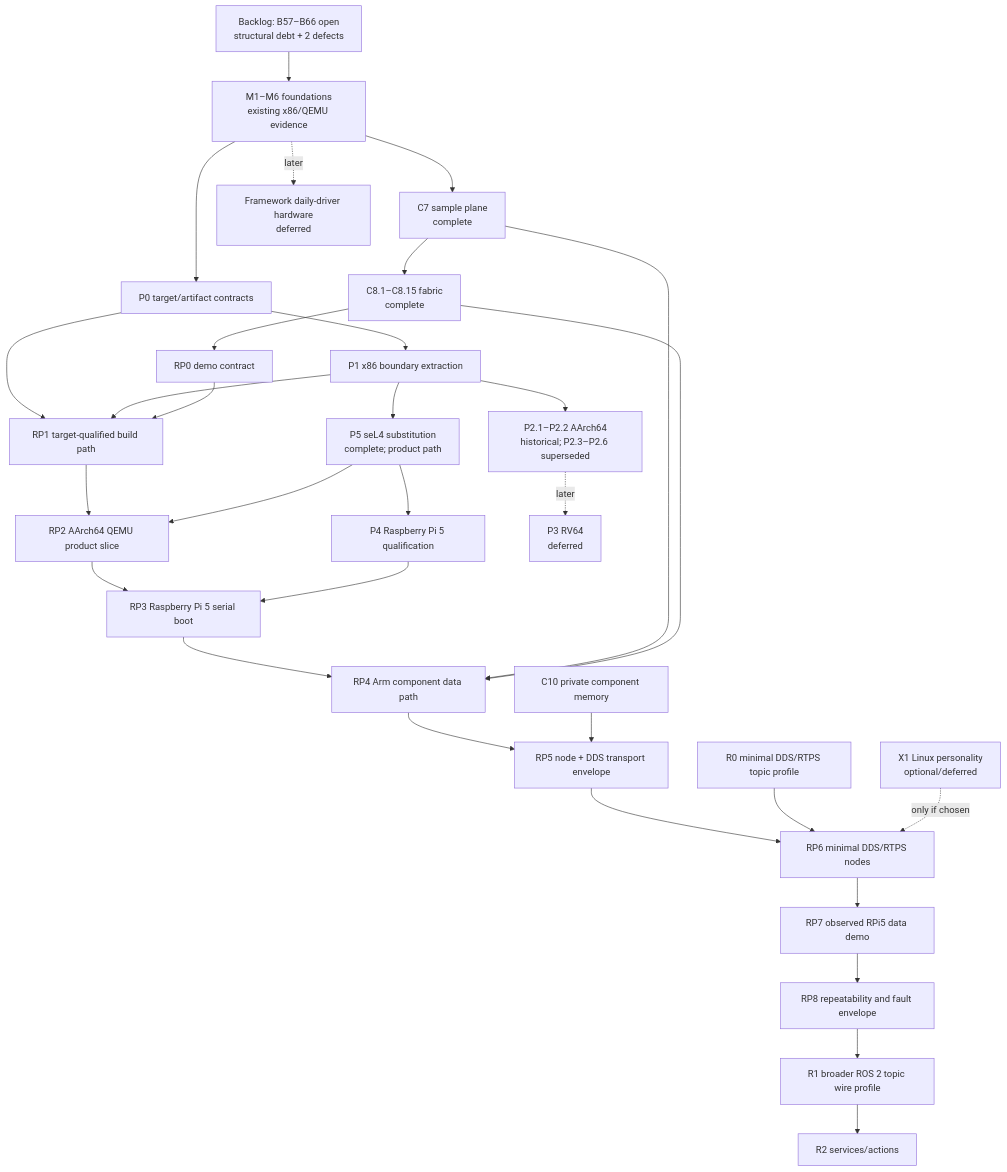
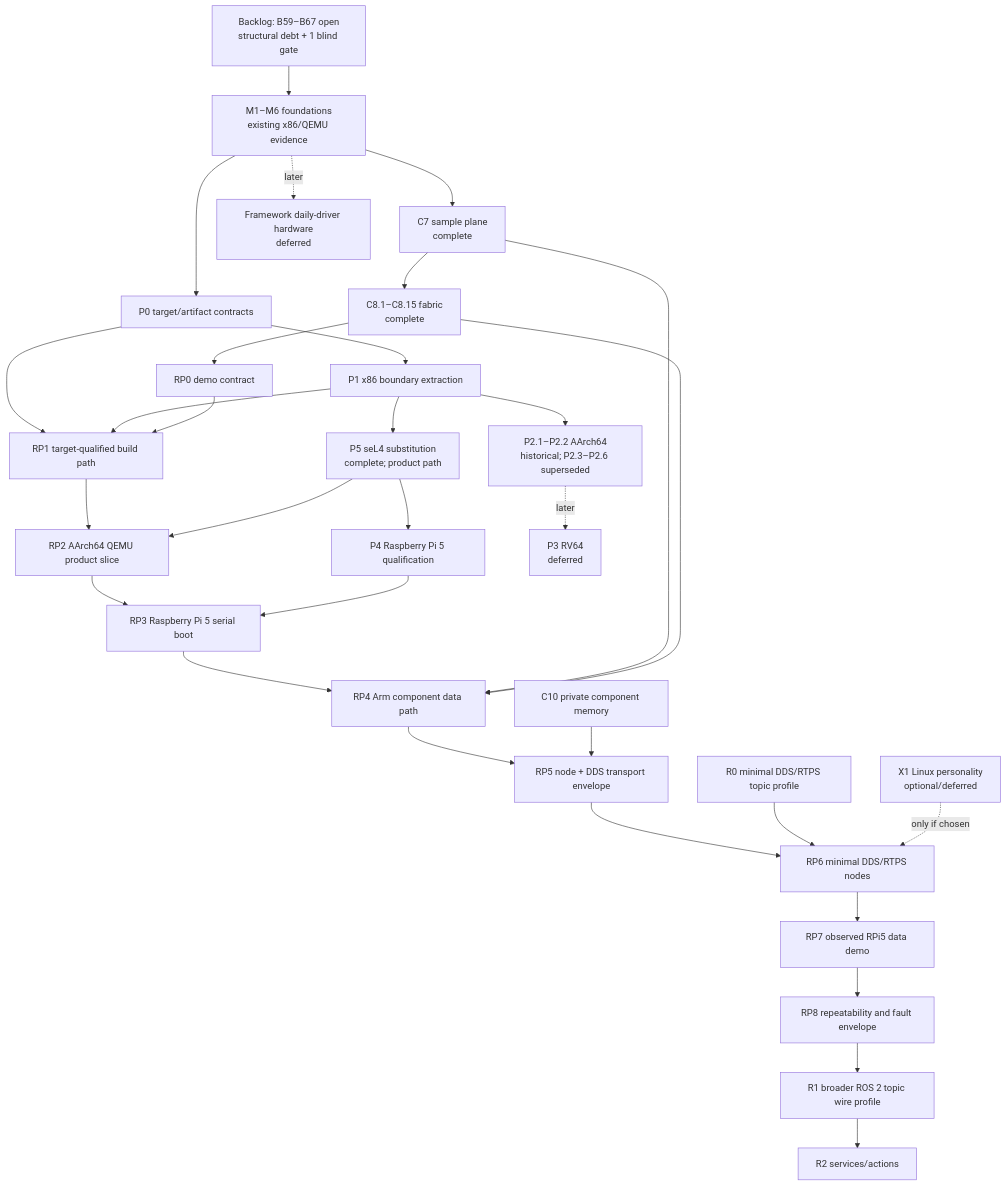
One commit to iceice666/slime_os changed the diagram in roadmap/README.md. Above: the diagram before and after it, drawn with Mermaid. The commit also changed other lines of this file and 3 other files, not shown here.

First line of the commit message:
docs(roadmap/backlog): resolve B57 and B58, open B67

````diff
--- a/roadmap/README.md
+++ b/roadmap/README.md
@@ -44,47 +44,47 @@
 ```mermaid
 flowchart TD
-    Backlog["Backlog: B57–B66 open\nstructural debt + 2 defects"]
+    Backlog["Backlog: B59–B67 open\nstructural debt + 1 blind gate"]
     Foundations["M1–M6 foundations\nexisting x86/QEMU evidence"]
     C7["C7 sample plane\ncomplete"]
     C8["C8.1–C8.15 fabric\ncomplete"]
     P0["P0 target/artifact contracts"]
     P1["P1 x86 boundary extraction"]
     P2["P2.1–P2.2 AArch64\nhistorical; P2.3–P2.6 superseded"]
     P5["P5 seL4 substitution\ncomplete; product path"]
     P4["P4 Raspberry Pi 5 qualification"]
     C10["C10 private component memory"]
     R0["R0 minimal DDS/RTPS topic profile"]
     RP0["RP0 demo contract"]
     RP1["RP1 target-qualified build path"]
     RP2["RP2 AArch64 QEMU product slice"]
     RP3["RP3 Raspberry Pi 5 serial boot"]
     RP4["RP4 Arm component data path"]
     RP5["RP5 node + DDS transport envelope"]
     RP6["RP6 minimal DDS/RTPS nodes"]
     RP7["RP7 observed RPi5 data demo"]
     RP8["RP8 repeatability and fault envelope"]
     R1["R1 broader ROS 2 topic wire profile"]
     R2["R2 services/actions"]
     Framework["Framework daily-driver hardware\ndeferred"]
     RV64["P3 RV64\ndeferred"]
     X1["X1 Linux personality\noptional/deferred"]
 
     Backlog --> Foundations
     Foundations --> C7 --> C8
     Foundations --> P0 --> P1 --> P5 --> P4
     P1 --> P2
     C8 --> RP0
     P0 --> RP1
     P1 --> RP1
     RP0 --> RP1 --> RP2 --> RP3 --> RP4 --> RP5 --> RP6 --> RP7 --> RP8
     P5 --> RP2
     P4 --> RP3
     C7 --> RP4
     C8 --> RP4
     C10 --> RP5
     R0 --> RP6
     X1 -.->|only if chosen| RP6
     RP8 --> R1 --> R2
     P2 -.->|later| RV64
     Foundations -.->|later| Framework
 ```
````
